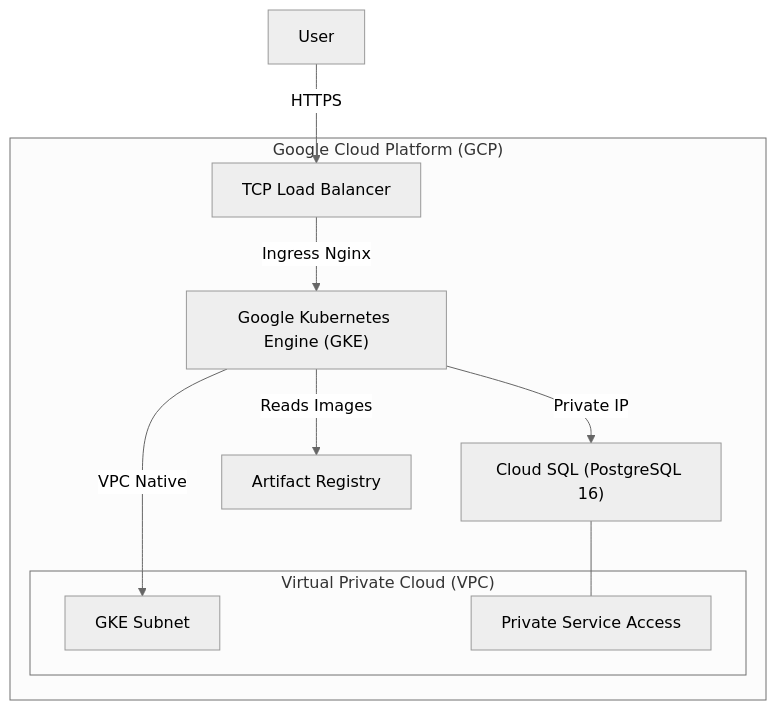
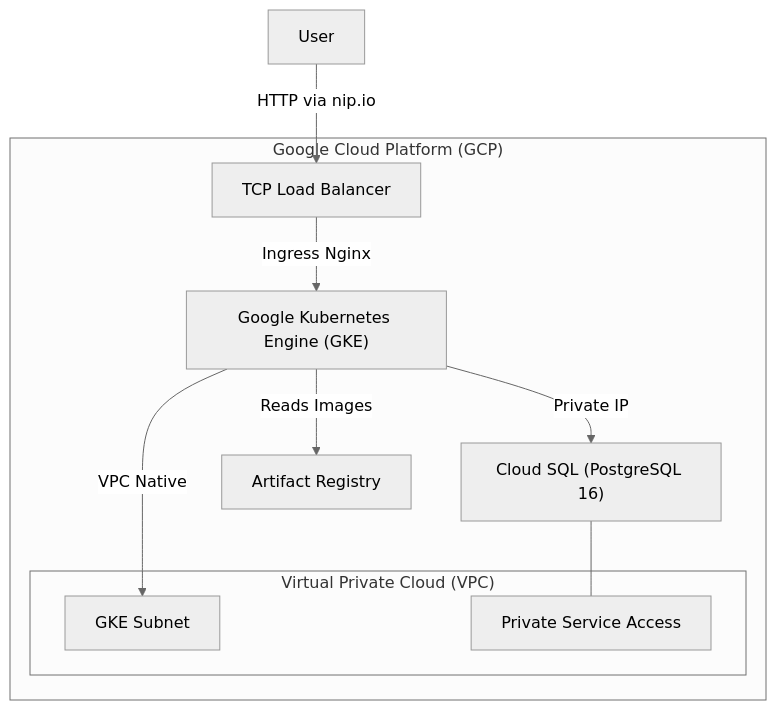
Before and after one commit to raphaelCamblong/iac-epitech: the first of 2 diagrams in DEPLOYMENTS.md, drawn with Mermaid (neutral theme). The commit also changed other lines of this file and 9 other files, not shown here.

````diff
--- a/DEPLOYMENTS.md
+++ b/DEPLOYMENTS.md
@@ -9,20 +9,20 @@
 ```mermaid
 graph TD
     subgraph GCP["Google Cloud Platform (GCP)"]
         subgraph VPC["Virtual Private Cloud (VPC)"]
             Subnet["GKE Subnet"]
             PSA["Private Service Access"]
         end
         GKE["Google Kubernetes Engine (GKE)"]
         SQL["Cloud SQL (PostgreSQL 16)"]
         AR["Artifact Registry"]
         LB["TCP Load Balancer"]
     end
 
-    User -->|HTTPS| LB
+    User -->|HTTP via nip.io| LB
     LB -->|Ingress Nginx| GKE
     GKE -->|VPC Native| Subnet
     GKE -->|Reads Images| AR
     GKE -->|Private IP| SQL
     SQL --- PSA
 ```
````
